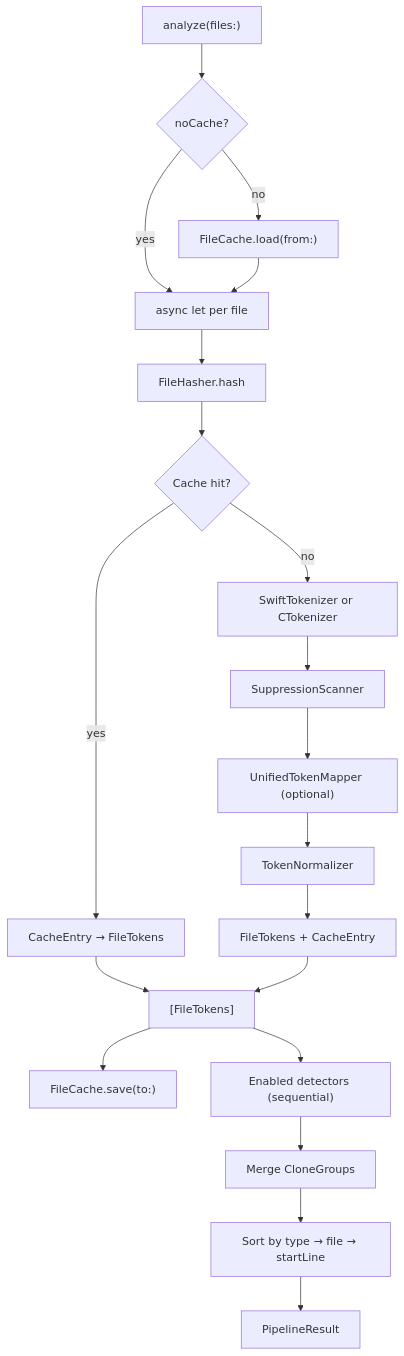
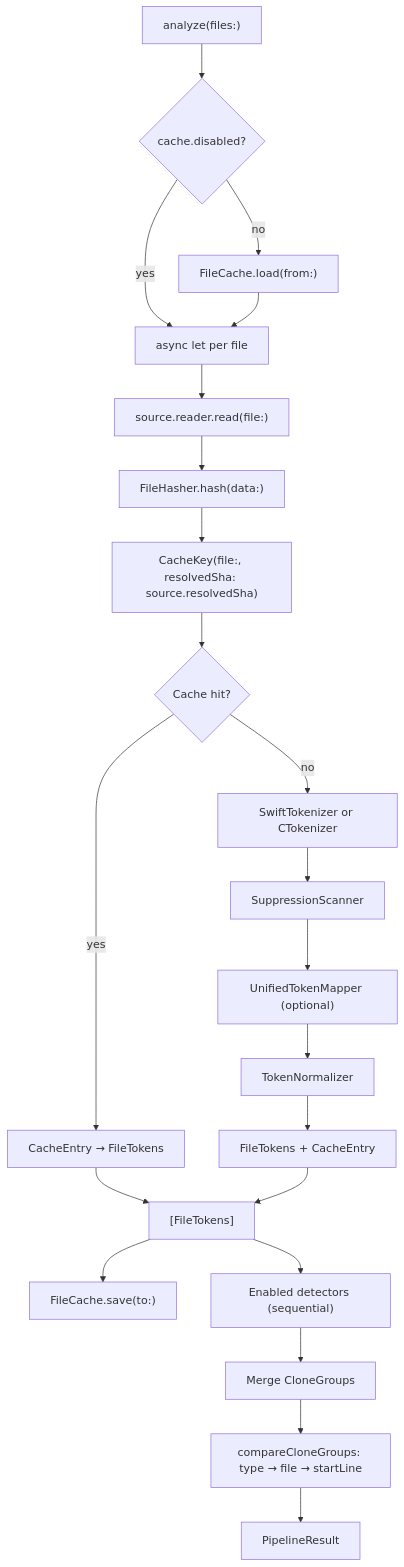
The diagram in Docs/CodeBase/04-pipeline.md (ericodx/swift-cpd), drawn with Mermaid before and after one commit. The commit also changed other lines of this file, not shown here.

Commit message:
docs: CodeBase/04-pipeline reflects new init signature and SourceReader stage

````diff
--- a/Docs/CodeBase/04-pipeline.md
+++ b/Docs/CodeBase/04-pipeline.md
@@ -40,22 +62,24 @@
 ```mermaid
 flowchart TD
-    A["analyze(files:)"] --> NCC{noCache?}
+    A["analyze(files:)"] --> NCC{cache.disabled?}
     NCC -- no --> B["FileCache.load(from:)"]
     NCC -- yes --> C
     B --> C["async let per file"]
-    C --> D["FileHasher.hash"]
-    D --> E{Cache hit?}
+    C --> SR["source.reader.read(file:)"]
+    SR --> D["FileHasher.hash(data:)"]
+    D --> KEY["CacheKey(file:, resolvedSha: source.resolvedSha)"]
+    KEY --> E{Cache hit?}
     E -- yes --> F["CacheEntry → FileTokens"]
     E -- no --> G["SwiftTokenizer or CTokenizer"]
     G --> H["SuppressionScanner"]
     H --> I["UnifiedTokenMapper (optional)"]
     I --> J["TokenNormalizer"]
     J --> K["FileTokens + CacheEntry"]
     F --> L["[FileTokens]"]
     K --> L
     L --> M["FileCache.save(to:)"]
     L --> N["Enabled detectors (sequential)"]
     N --> O["Merge CloneGroups"]
-    O --> P["Sort by type → file → startLine"]
+    O --> P["compareCloneGroups: type → file → startLine"]
     P --> Q["PipelineResult"]
 ```
````
